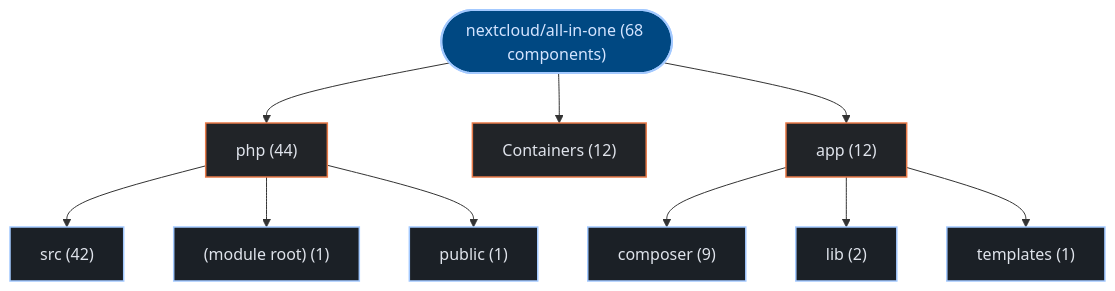
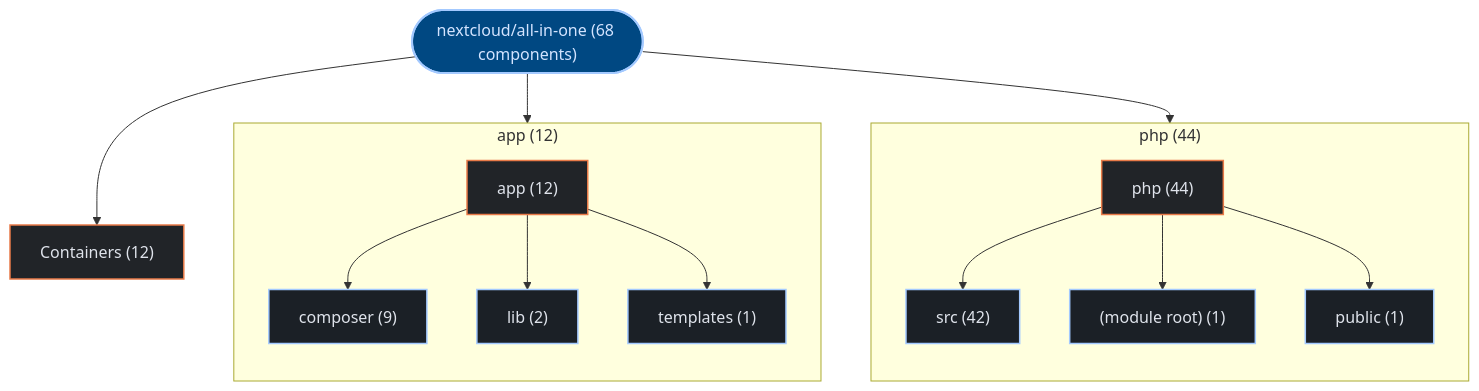
Before and after one commit to kumarshaz/atruss-code-atlas: the first of 3 diagrams in exports/latest/reports/nextcloud-all-in-one-report.md, drawn with Mermaid. The commit also changed 178 other files, not shown here.

Commit message:
feat(ui,mermaid): upgrade to mermaid v12 + ELK layout, add orgs-summary + pagination, subgraph building blocks, fix tab alignment

````diff
--- a/exports/latest/reports/nextcloud-all-in-one-report.md
+++ b/exports/latest/reports/nextcloud-all-in-one-report.md
@@ -42,29 +42,35 @@
 ```mermaid
 graph TD;
   classDef atlasRoot fill:#004882,stroke:#a3c9ff,stroke-width:2px,color:#d3e4ff
   classDef atlasCategory fill:#212428,stroke:#E87A48,stroke-width:1.5px,color:#dfe3eb
   classDef atlasWorkflow fill:#1b2026,stroke:#a3c9ff,stroke-width:1.5px,color:#dfe3eb
   classDef atlasJob fill:#171c22,stroke:#8d9199,stroke-width:1px,color:#dfe3eb
   classDef atlasTarget fill:#005227,stroke:#8bd99b,stroke-width:1.5px,color:#a7f6b6
   classDef atlasAlert fill:#93000a,stroke:#ffb4ab,stroke-width:1.5px,color:#ffdad6
   classDef atlasMore fill:#252a31,stroke:#8d9199,stroke-dasharray:4 4,color:#c3c6cf
     repo_root(["nextcloud/all-in-one (68 components)"]):::atlasRoot
-    dir_0_php["php (44)"]:::atlasCategory
+    subgraph sg_dir_0_php["php (44)"]
+      direction TB
+      dir_0_php["php (44)"]:::atlasCategory
+      sub_0_0_src["src (42)"]:::atlasWorkflow
+      dir_0_php --> sub_0_0_src
+      sub_0_1__module_root_["(module root) (1)"]:::atlasWorkflow
+      dir_0_php --> sub_0_1__module_root_
+      sub_0_2_public["public (1)"]:::atlasWorkflow
+      dir_0_php --> sub_0_2_public
+    end
     repo_root --> dir_0_php
-    sub_0_0_src["src (42)"]:::atlasWorkflow
-    dir_0_php --> sub_0_0_src
-    sub_0_1__module_root_["(module root) (1)"]:::atlasWorkflow
-    dir_0_php --> sub_0_1__module_root_
-    sub_0_2_public["public (1)"]:::atlasWorkflow
-    dir_0_php --> sub_0_2_public
     dir_1_Containers["Containers (12)"]:::atlasCategory
     repo_root --> dir_1_Containers
-    dir_2_app["app (12)"]:::atlasCategory
+    subgraph sg_dir_2_app["app (12)"]
+      direction TB
+      dir_2_app["app (12)"]:::atlasCategory
+      sub_2_0_composer["composer (9)"]:::atlasWorkflow
+      dir_2_app --> sub_2_0_composer
+      sub_2_1_lib["lib (2)"]:::atlasWorkflow
+      dir_2_app --> sub_2_1_lib
+      sub_2_2_templates["templates (1)"]:::atlasWorkflow
+      dir_2_app --> sub_2_2_templates
+    end
     repo_root --> dir_2_app
-    sub_2_0_composer["composer (9)"]:::atlasWorkflow
-    dir_2_app --> sub_2_0_composer
-    sub_2_1_lib["lib (2)"]:::atlasWorkflow
-    dir_2_app --> sub_2_1_lib
-    sub_2_2_templates["templates (1)"]:::atlasWorkflow
-    dir_2_app --> sub_2_2_templates
 ```
````
